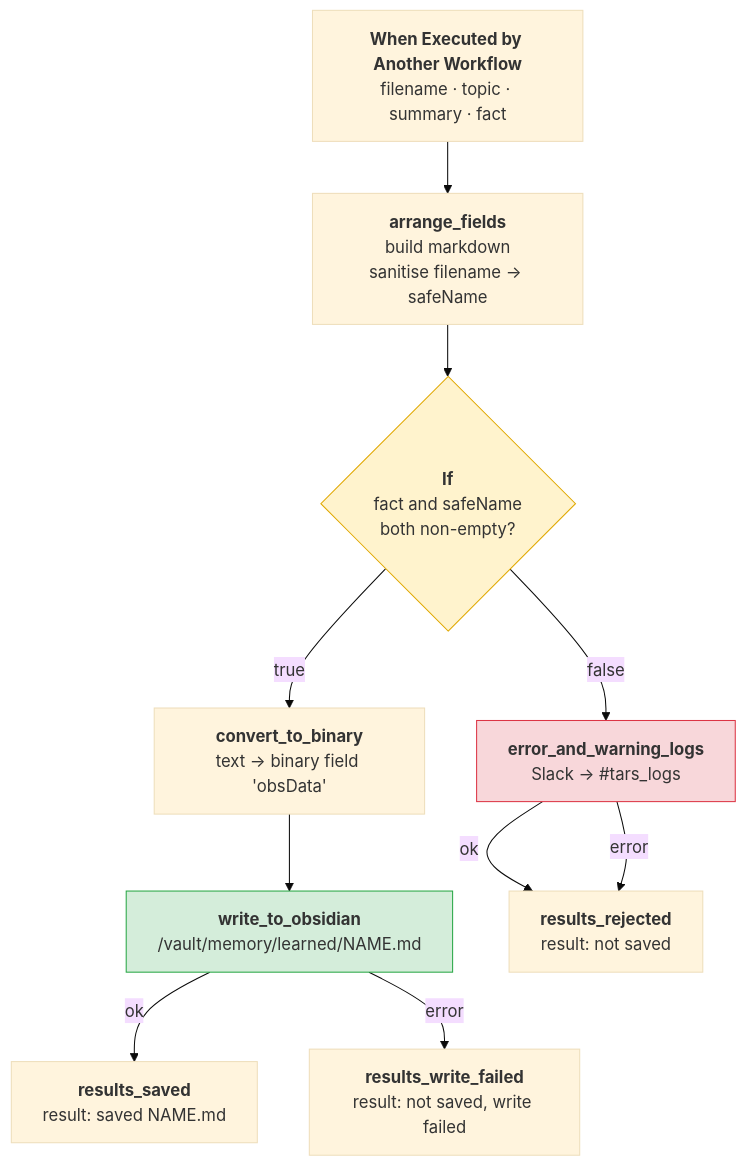
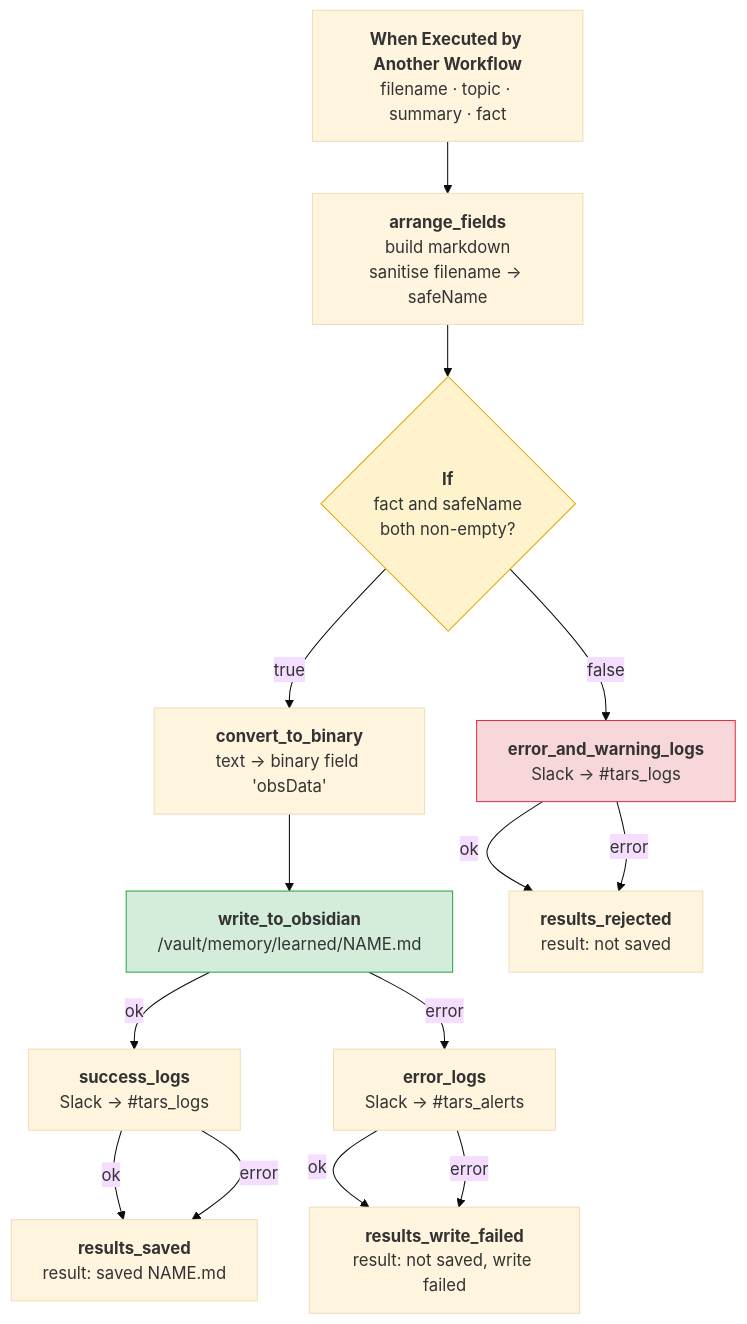
Before and after one commit to zeltraxion/automation-stack: the first of 2 diagrams in docs/memory_write.md, drawn with Mermaid (base theme). The commit also changed other lines of this file and 2 other files, not shown here.

Commit message:
doc: document tars_agent, update memory_write for three Slack nodes

````diff
--- a/docs/memory_write.md
+++ b/docs/memory_write.md
@@ -26,22 +26,27 @@
 ```mermaid
 flowchart TD
     A["<b>When Executed by Another Workflow</b><br/>filename · topic · summary · fact"]
     B["<b>arrange_fields</b><br/>build markdown<br/>sanitise filename → safeName"]
     C{"<b>If</b><br/>fact and safeName<br/>both non-empty?"}
     D["<b>convert_to_binary</b><br/>text → binary field 'obsData'"]
     E["<b>write_to_obsidian</b><br/>/vault/memory/learned/NAME.md"]
     F["<b>results_saved</b><br/>result: saved NAME.md"]
     G["<b>error_and_warning_logs</b><br/>Slack → #tars_logs"]
     H["<b>results_rejected</b><br/>result: not saved"]
-    I["<b>results_write_failed</b><br/>result: not saved, write failed"]
+    I["<b>error_logs</b><br/>Slack → #tars_alerts"]
+    J["<b>results_write_failed</b><br/>result: not saved, write failed"]
     A --> B --> C
     C -->|true| D --> E
-    E -->|ok| F
+    E -->|ok| F2["<b>success_logs</b><br/>Slack → #tars_logs"]
+    F2 -->|ok| F
+    F2 -->|error| F
     E -->|error| I
+    I -->|ok| J
+    I -->|error| J
     C -->|false| G
     G -->|ok| H
     G -->|error| H
     style C fill: #fff3cd, stroke: #e0a800
     style E fill: #d4edda, stroke: #28a745
     style G fill: #f8d7da, stroke: #dc3545
 ```
````
